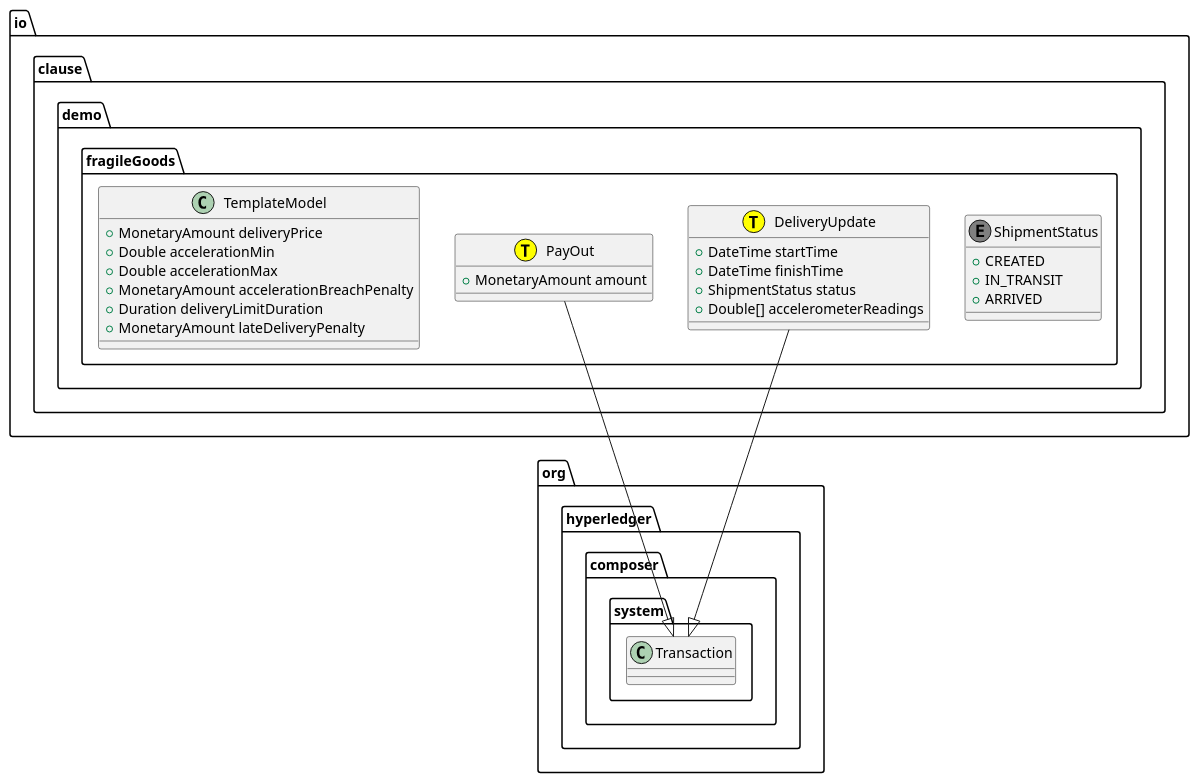
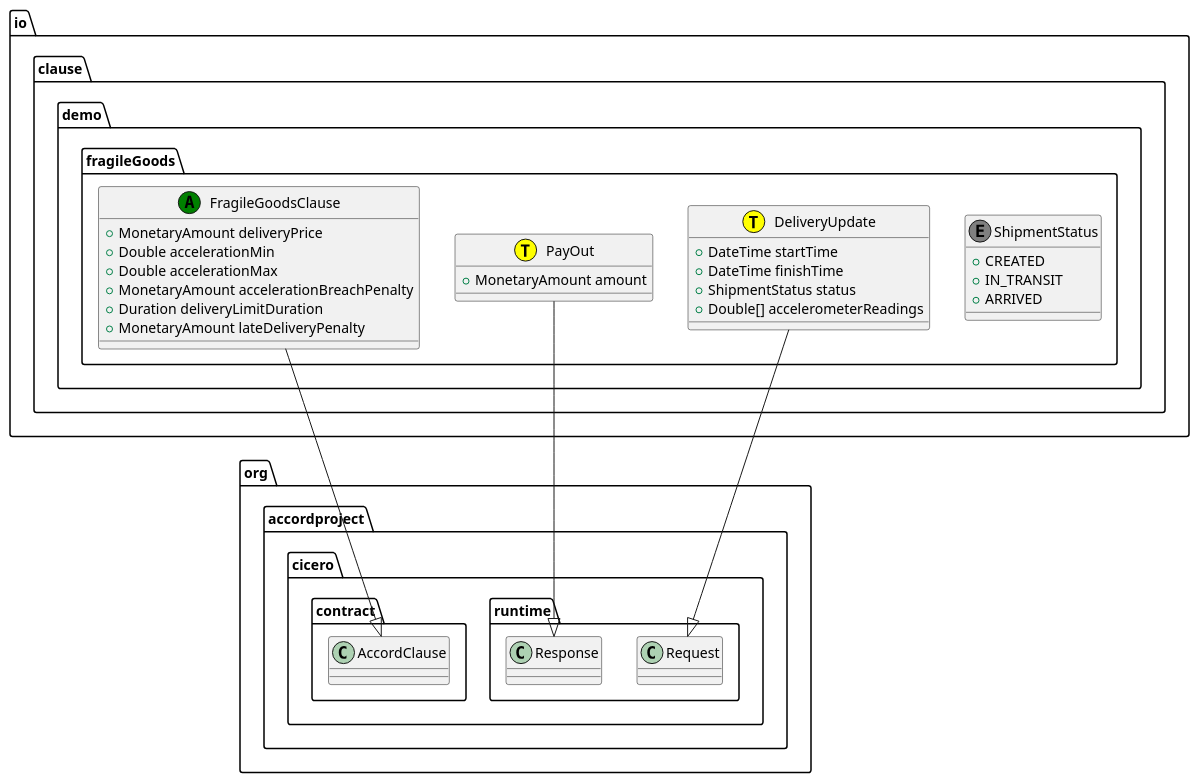
Before and after one commit to accordproject/cicero-template-library: the diagram in build/fragile-goods@0.1.0.puml, drawn with PlantUML. The commit also changed 58 other files, not shown here.

Commit message:
(fix) Add missing fragile-goods package.json ; Migrate several templates to Ergo

```diff
--- a/build/fragile-goods@0.1.0.puml
+++ b/build/fragile-goods@0.1.0.puml
@@ -1,26 +1,27 @@
 @startuml
 class io.clause.demo.fragileGoods.ShipmentStatus << (E,grey) >> {
    + CREATED
    + IN_TRANSIT
    + ARRIVED
 }
 class io.clause.demo.fragileGoods.DeliveryUpdate << (T,yellow) >> {
    + DateTime startTime
    + DateTime finishTime
    + ShipmentStatus status
    + Double[] accelerometerReadings
 }
-io.clause.demo.fragileGoods.DeliveryUpdate --|> org.hyperledger.composer.system.Transaction
+io.clause.demo.fragileGoods.DeliveryUpdate --|> org.accordproject.cicero.runtime.Request
 class io.clause.demo.fragileGoods.PayOut << (T,yellow) >> {
    + MonetaryAmount amount
 }
-io.clause.demo.fragileGoods.PayOut --|> org.hyperledger.composer.system.Transaction
-class io.clause.demo.fragileGoods.TemplateModel {
+io.clause.demo.fragileGoods.PayOut --|> org.accordproject.cicero.runtime.Response
+class io.clause.demo.fragileGoods.FragileGoodsClause << (A,green) >> {
    + MonetaryAmount deliveryPrice
    + Double accelerationMin
    + Double accelerationMax
    + MonetaryAmount accelerationBreachPenalty
    + Duration deliveryLimitDuration
    + MonetaryAmount lateDeliveryPenalty
 }
+io.clause.demo.fragileGoods.FragileGoodsClause --|> org.accordproject.cicero.contract.AccordClause
 @enduml
```
